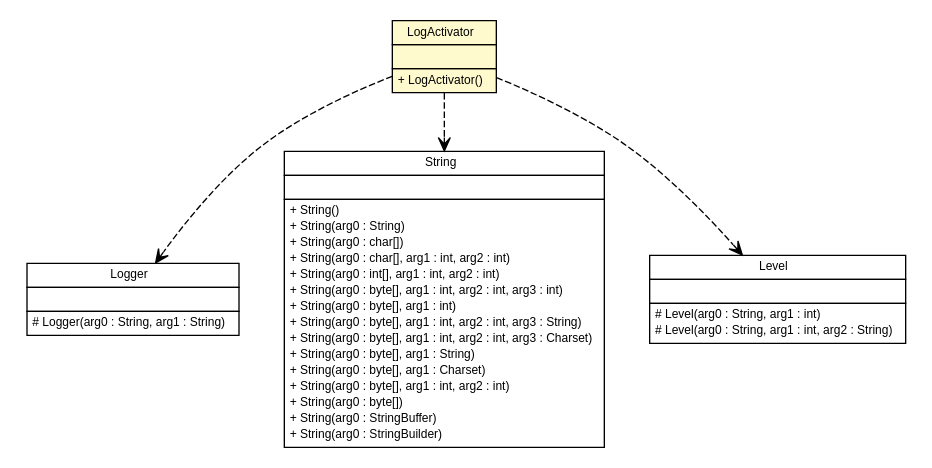
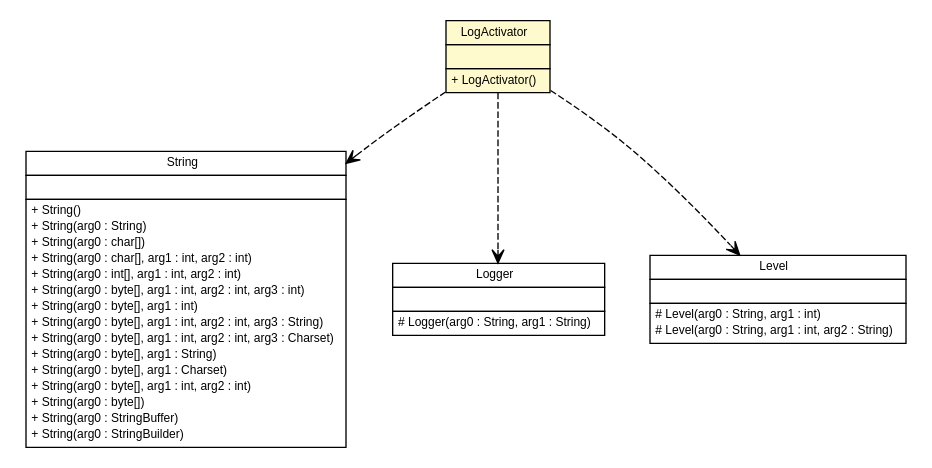
Before and after one commit to gsi-upm/BeastTool: the diagram in apidocs/es/upm/dit/gsi/beast/story/logging/LogActivator.dot, drawn with Graphviz. The commit also changed 437 other files, not shown here.

```diff
--- a/apidocs/es/upm/dit/gsi/beast/story/logging/LogActivator.dot
+++ b/apidocs/es/upm/dit/gsi/beast/story/logging/LogActivator.dot
@@ -1,81 +1,81 @@
 #!/usr/local/bin/dot
 #
 # Class diagram 
 # Generated by UMLGraph version 5.1 (http://www.umlgraph.org/)
 #
 
 digraph G {
 	edge [fontname="arial",fontsize=10,labelfontname="arial",labelfontsize=10];
 	node [fontname="arial",fontsize=10,shape=plaintext];
 	nodesep=0.25;
 	ranksep=0.5;
 	// es.upm.dit.gsi.beast.story.logging.LogActivator
 	c2484 [label=<<table title="es.upm.dit.gsi.beast.story.logging.LogActivator" border="0" cellborder="1" cellspacing="0" cellpadding="2" port="p" bgcolor="lemonChiffon" href="./LogActivator.html">
 		<tr><td><table border="0" cellspacing="0" cellpadding="1">
 <tr><td align="center" balign="center"> LogActivator </td></tr>
 		</table></td></tr>
 		<tr><td><table border="0" cellspacing="0" cellpadding="1">
 <tr><td align="left" balign="left">  </td></tr>
 		</table></td></tr>
 		<tr><td><table border="0" cellspacing="0" cellpadding="1">
 <tr><td align="left" balign="left"> + LogActivator() </td></tr>
 		</table></td></tr>
 		</table>>, fontname="arial", fontcolor="black", fontsize=9.0];
+	// es.upm.dit.gsi.beast.story.logging.LogActivator DEPEND java.lang.String
+	c2484:p -> c2485:p [taillabel="", label="", headlabel="", fontname="arial", fontcolor="black", fontsize=10.0, color="black", arrowhead=open, style=dashed];
 	// es.upm.dit.gsi.beast.story.logging.LogActivator DEPEND java.util.logging.Logger
-	c2484:p -> c2485:p [taillabel="", label="", headlabel="", fontname="arial", fontcolor="black", fontsize=10.0, color="black", arrowhead=open, style=dashed];
-	// es.upm.dit.gsi.beast.story.logging.LogActivator DEPEND java.lang.String
 	c2484:p -> c2486:p [taillabel="", label="", headlabel="", fontname="arial", fontcolor="black", fontsize=10.0, color="black", arrowhead=open, style=dashed];
 	// es.upm.dit.gsi.beast.story.logging.LogActivator DEPEND java.util.logging.Level
 	c2484:p -> c2487:p [taillabel="", label="", headlabel="", fontname="arial", fontcolor="black", fontsize=10.0, color="black", arrowhead=open, style=dashed];
 	// java.util.logging.Level
 	c2487 [label=<<table title="java.util.logging.Level" border="0" cellborder="1" cellspacing="0" cellpadding="2" port="p" href="http://java.sun.com/j2se/1.4.2/docs/api/java/util/logging/Level.html">
 		<tr><td><table border="0" cellspacing="0" cellpadding="1">
 <tr><td align="center" balign="center"> Level </td></tr>
 		</table></td></tr>
 		<tr><td><table border="0" cellspacing="0" cellpadding="1">
 <tr><td align="left" balign="left">  </td></tr>
 		</table></td></tr>
 		<tr><td><table border="0" cellspacing="0" cellpadding="1">
 <tr><td align="left" balign="left"> # Level(arg0 : String, arg1 : int) </td></tr>
 <tr><td align="left" balign="left"> # Level(arg0 : String, arg1 : int, arg2 : String) </td></tr>
 		</table></td></tr>
 		</table>>, fontname="arial", fontcolor="black", fontsize=9.0];
 	// java.lang.String
-	c2486 [label=<<table title="java.lang.String" border="0" cellborder="1" cellspacing="0" cellpadding="2" port="p" href="http://java.sun.com/j2se/1.4.2/docs/api/java/lang/String.html">
+	c2485 [label=<<table title="java.lang.String" border="0" cellborder="1" cellspacing="0" cellpadding="2" port="p" href="http://java.sun.com/j2se/1.4.2/docs/api/java/lang/String.html">
 		<tr><td><table border="0" cellspacing="0" cellpadding="1">
 <tr><td align="center" balign="center"> String </td></tr>
 		</table></td></tr>
 		<tr><td><table border="0" cellspacing="0" cellpadding="1">
 <tr><td align="left" balign="left">  </td></tr>
 		</table></td></tr>
 		<tr><td><table border="0" cellspacing="0" cellpadding="1">
 <tr><td align="left" balign="left"> + String() </td></tr>
 <tr><td align="left" balign="left"> + String(arg0 : String) </td></tr>
 <tr><td align="left" balign="left"> + String(arg0 : char[]) </td></tr>
 <tr><td align="left" balign="left"> + String(arg0 : char[], arg1 : int, arg2 : int) </td></tr>
 <tr><td align="left" balign="left"> + String(arg0 : int[], arg1 : int, arg2 : int) </td></tr>
 <tr><td align="left" balign="left"> + String(arg0 : byte[], arg1 : int, arg2 : int, arg3 : int) </td></tr>
 <tr><td align="left" balign="left"> + String(arg0 : byte[], arg1 : int) </td></tr>
 <tr><td align="left" balign="left"> + String(arg0 : byte[], arg1 : int, arg2 : int, arg3 : String) </td></tr>
 <tr><td align="left" balign="left"> + String(arg0 : byte[], arg1 : int, arg2 : int, arg3 : Charset) </td></tr>
 <tr><td align="left" balign="left"> + String(arg0 : byte[], arg1 : String) </td></tr>
 <tr><td align="left" balign="left"> + String(arg0 : byte[], arg1 : Charset) </td></tr>
 <tr><td align="left" balign="left"> + String(arg0 : byte[], arg1 : int, arg2 : int) </td></tr>
 <tr><td align="left" balign="left"> + String(arg0 : byte[]) </td></tr>
 <tr><td align="left" balign="left"> + String(arg0 : StringBuffer) </td></tr>
 <tr><td align="left" balign="left"> + String(arg0 : StringBuilder) </td></tr>
 		</table></td></tr>
 		</table>>, fontname="arial", fontcolor="black", fontsize=9.0];
 	// java.util.logging.Logger
-	c2485 [label=<<table title="java.util.logging.Logger" border="0" cellborder="1" cellspacing="0" cellpadding="2" port="p" href="http://java.sun.com/j2se/1.4.2/docs/api/java/util/logging/Logger.html">
+	c2486 [label=<<table title="java.util.logging.Logger" border="0" cellborder="1" cellspacing="0" cellpadding="2" port="p" href="http://java.sun.com/j2se/1.4.2/docs/api/java/util/logging/Logger.html">
 		<tr><td><table border="0" cellspacing="0" cellpadding="1">
 <tr><td align="center" balign="center"> Logger </td></tr>
 		</table></td></tr>
 		<tr><td><table border="0" cellspacing="0" cellpadding="1">
 <tr><td align="left" balign="left">  </td></tr>
 		</table></td></tr>
 		<tr><td><table border="0" cellspacing="0" cellpadding="1">
 <tr><td align="left" balign="left"> # Logger(arg0 : String, arg1 : String) </td></tr>
 		</table></td></tr>
 		</table>>, fontname="arial", fontcolor="black", fontsize=9.0];
 }
```
